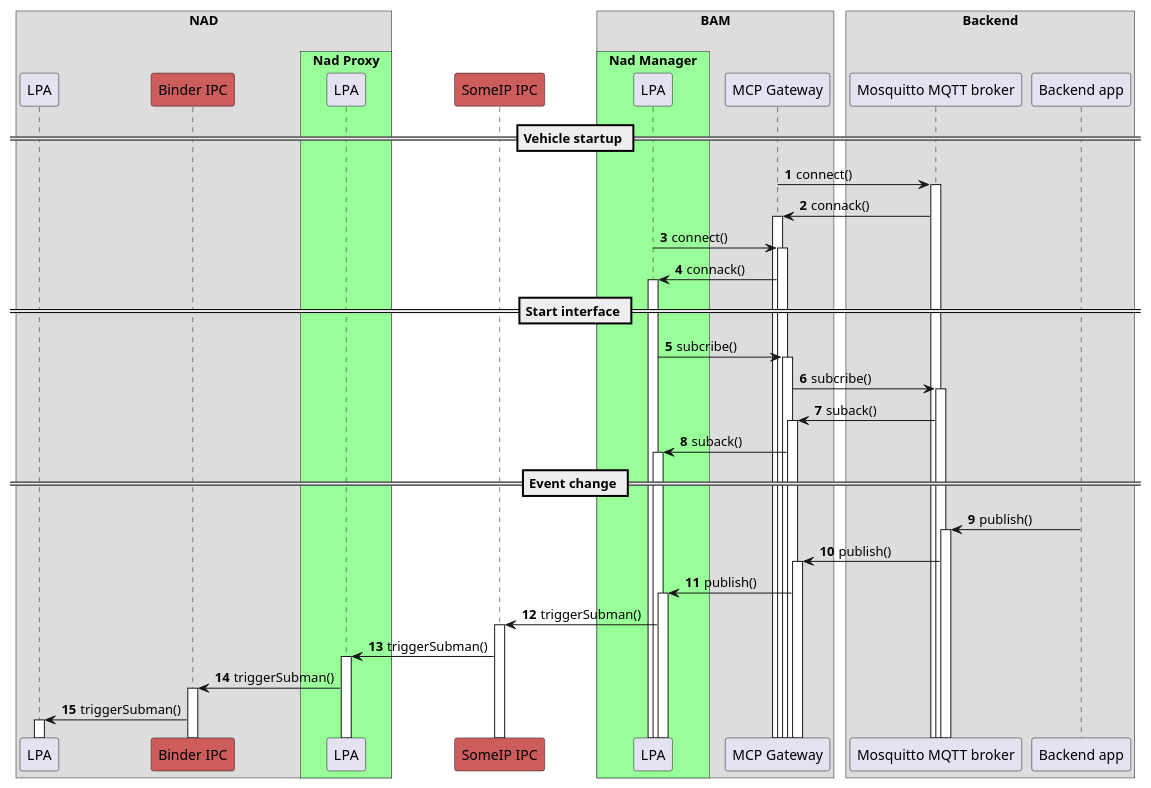
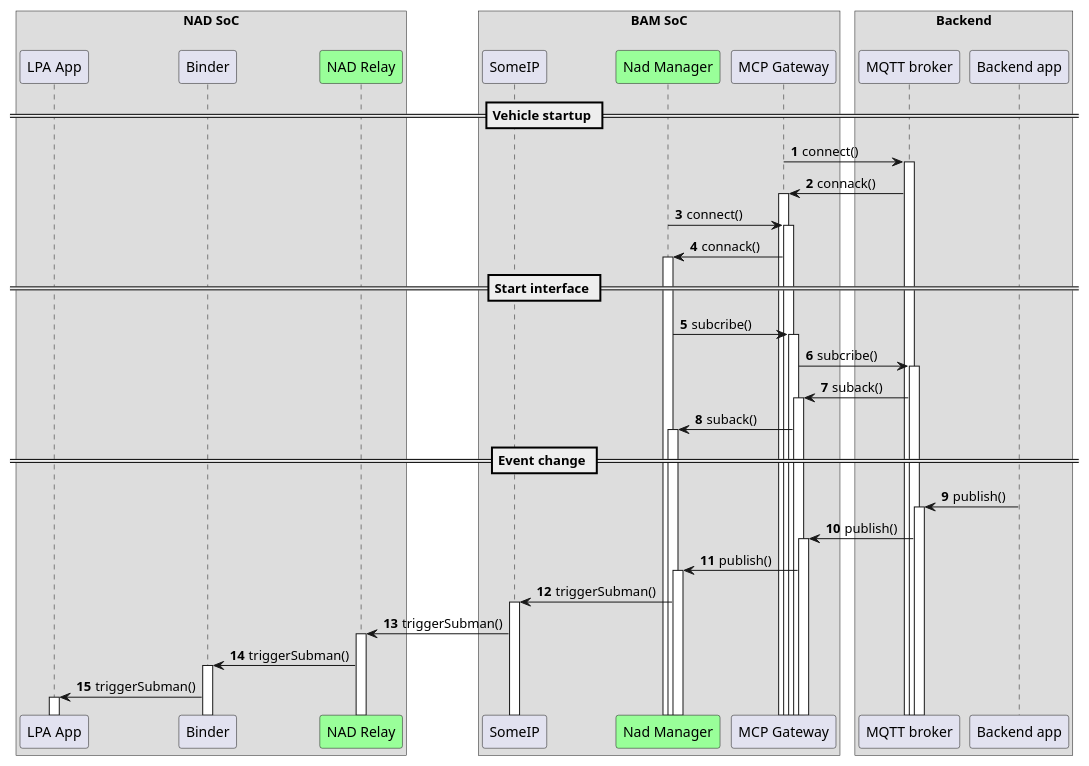
Before and after one commit to taikt/codefun: the diagram in doc/SA cert/Design/figures/sequence_diagram/lpa.wsd, drawn with PlantUML. The commit also changed 18 other files, not shown here.

```diff
--- a/doc/SA cert/Design/figures/sequence_diagram/lpa.wsd
+++ b/doc/SA cert/Design/figures/sequence_diagram/lpa.wsd
@@ -1,59 +1,57 @@
 @startuml
 !pragma teoz true
 autonumber
 autoactivate on
-box "NAD\n"
+box "NAD SoC\n"
 
-    participant "LPA" as lpa
-    participant "Binder IPC" as bin #IndianRed
+    participant "LPA App" as lpa
+    participant "Binder" as bin 
 
-    box "Nad Proxy" #99FF99
-    participant "LPA" as lpa_pr
-    end box
+
+    participant "NAD Relay" as lpa_pr #99FF99
+  
 
 end box
 
-    participant "SomeIP IPC" as sip #IndianRed
+   
 
-box "BAM\n"
-
-    box "Nad Manager" #99FF99
-    participant "LPA" as nadm
-    end box
-
+box "BAM SoC\n"
+     participant "SomeIP" as sip 
+    participant "Nad Manager" as nadm #99FF99
+ 
     participant "MCP Gateway" as gw
 end box
 
 box "Backend"
-    participant "Mosquitto MQTT broker" as bro
+    participant "MQTT broker" as bro
     participant "Backend app" as backend
 end box
 
 == Vehicle startup ==
 
 gw -> bro: connect()
 bro -> gw: connack()
 
 nadm -> gw: connect()
 gw -> nadm: connack()
 
 == Start interface ==
 nadm -> gw: subcribe()
 gw -> bro: subcribe()
 bro -> gw: suback()
 gw -> nadm: suback()
 
 == Event change ==
 backend -> bro: publish()
 bro -> gw: publish()
 
 gw -> nadm: publish()
 
 
 nadm -> sip: triggerSubman()
 sip -> lpa_pr: triggerSubman()
 
 lpa_pr -> bin: triggerSubman()
 bin -> lpa: triggerSubman()
 
 @enduml
```
